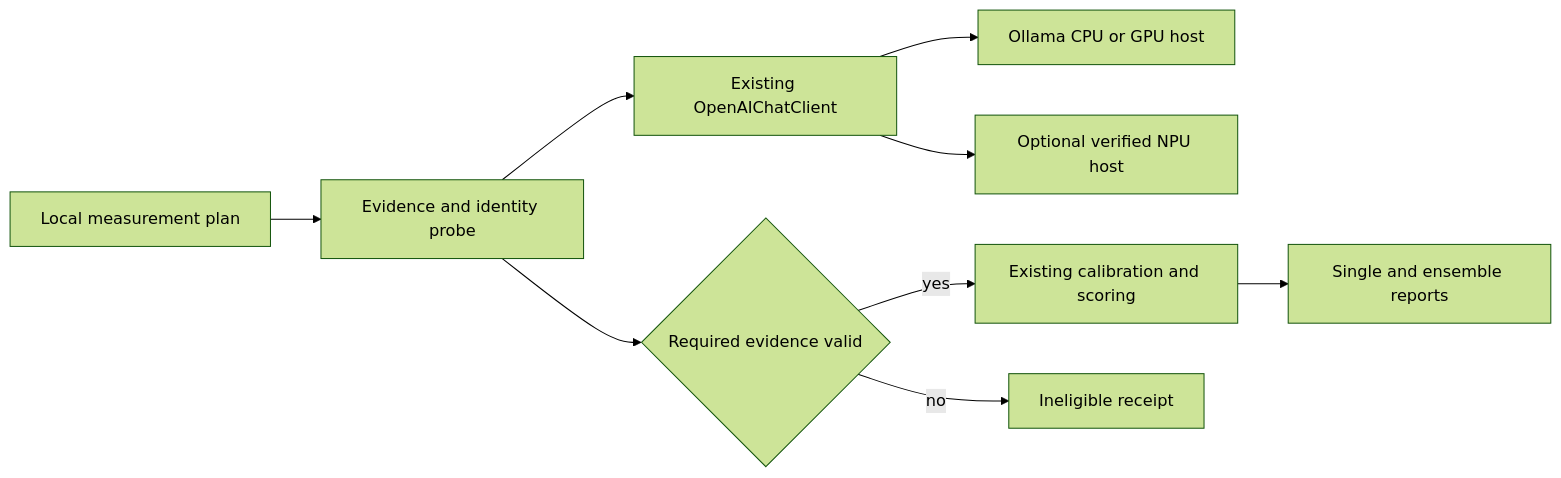
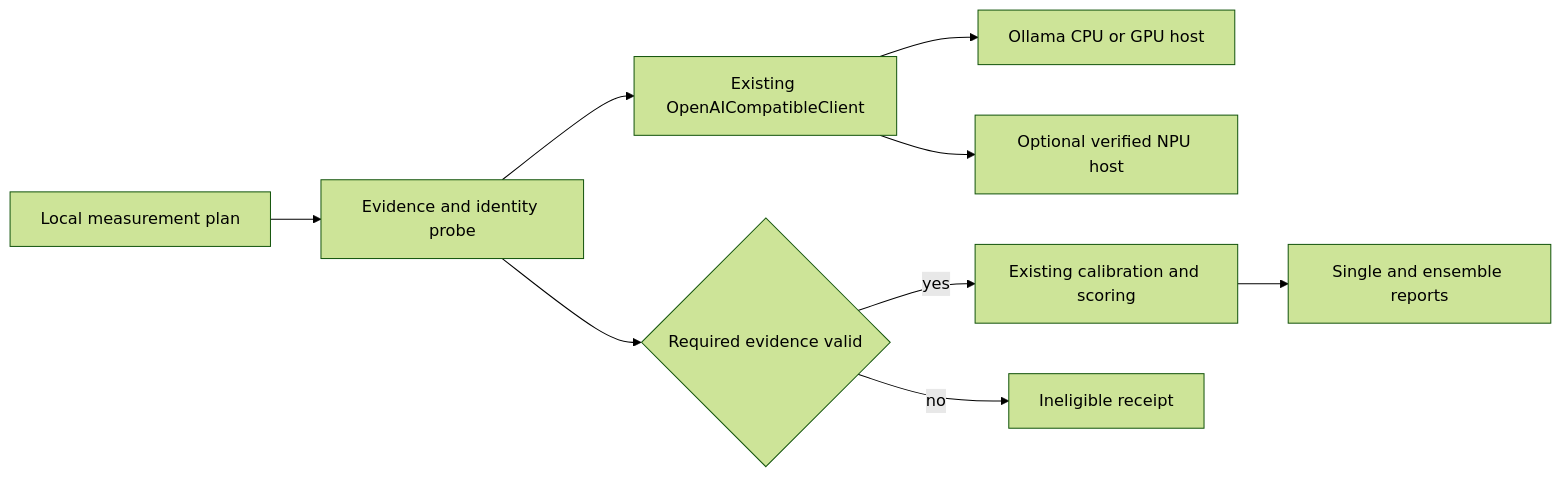
Before and after one commit to norandom/memguard_alpha: the diagram in .kiro/specs/local-ai-provider/design.md, drawn with Mermaid (forest theme). The commit also changed other lines of this file and 4 other files, not shown here.

````diff
--- a/.kiro/specs/local-ai-provider/design.md
+++ b/.kiro/specs/local-ai-provider/design.md
@@ -70,11 +70,11 @@
 ```mermaid
 flowchart LR
     Plan[Local measurement plan] --> Probe[Evidence and identity probe]
-    Probe --> Client[Existing OpenAIChatClient]
+    Probe --> Client[Existing OpenAICompatibleClient]
     Client --> Ollama[Ollama CPU or GPU host]
     Client --> NPU[Optional verified NPU host]
     Probe --> Gate{Required evidence valid}
     Gate -->|yes| Scorer[Existing calibration and scoring]
     Gate -->|no| Report[Ineligible receipt]
     Scorer --> Results[Single and ensemble reports]
 ```
````
